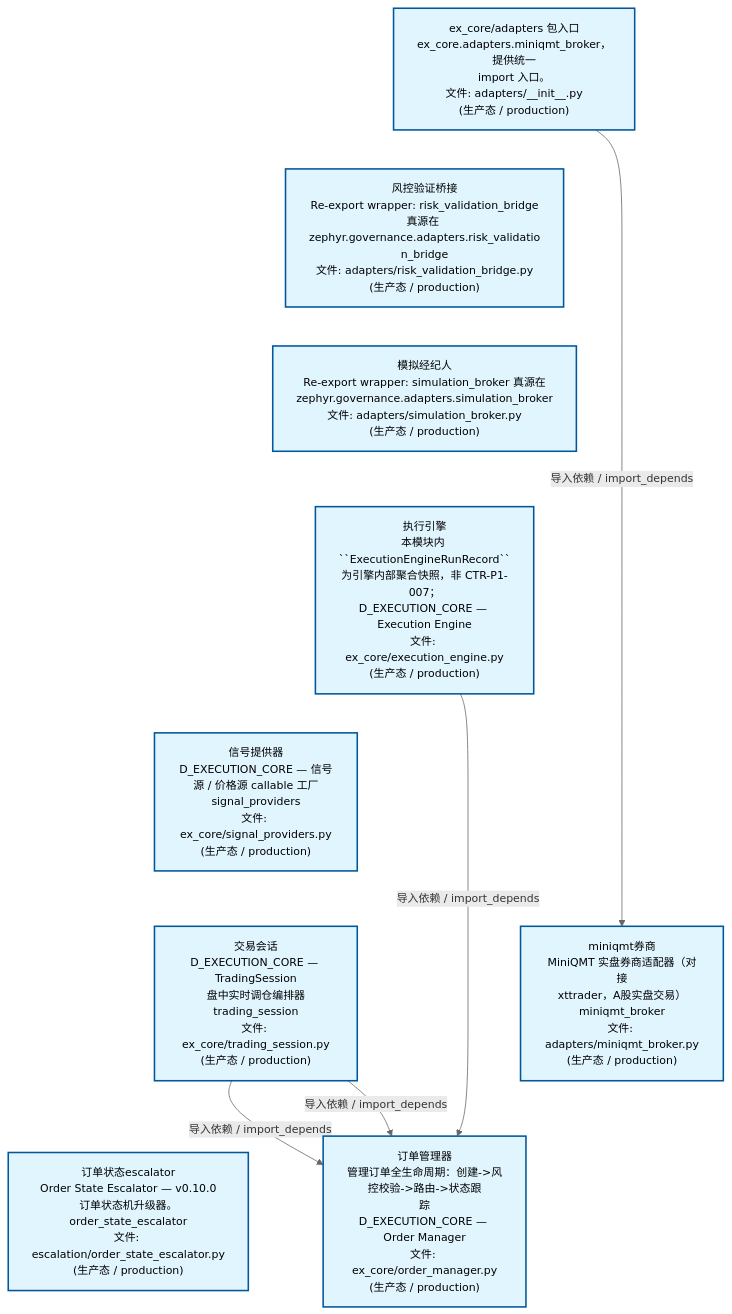
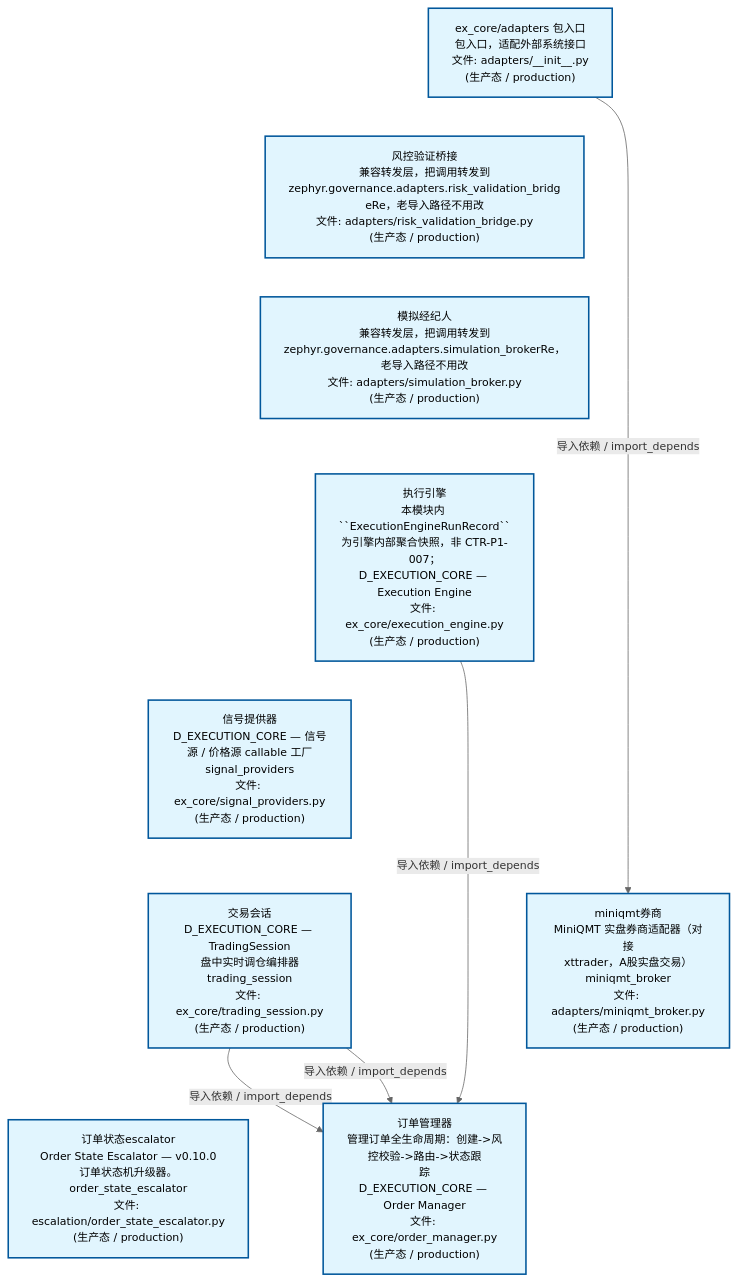
One commit to xuanFelixVan/ZephyrAlpha changed the second of 4 diagrams in docs/02_enterprise_architecture/02_domain_architecture_docs/44_d_ex_core.md. Above: the diagram before and after it, drawn with Mermaid. The commit also changed other lines of this file and 67 other files, not shown here.

````diff
--- a/docs/02_enterprise_architecture/02_domain_architecture_docs/44_d_ex_core.md
+++ b/docs/02_enterprise_architecture/02_domain_architecture_docs/44_d_ex_core.md
@@ -167,29 +206,29 @@
 ```mermaid
 %%{init: {'theme': 'base', 'themeVariables': {'primaryColor': '#eaeaea', 'primaryTextColor': '#333333', 'primaryBorderColor': '#666666', 'lineColor': '#666666', 'secondaryColor': '#eaeaea', 'tertiaryColor': '#eaeaea', 'fontSize': '14px'}}}%%
 flowchart TD
-    src_zephyr_ex_core_adapters_init_py["ex_core/adapters 包入口<br/>ex_core.adapters.miniqmt_broker，提供统一<br/>import 入口。<br/>文件: adapters/__init__.py<br/>(生产态 / production)"]
-    src_zephyr_ex_core_adapters_risk_validation_bridge_py["风控验证桥接<br/>Re-export wrapper: risk_validation_bridge<br/>真源在 zephyr.governance.adapters.risk_validatio<br/>n_bridge<br/>文件: adapters/risk_validation_bridge.py<br/>(生产态 / production)"]
-    src_zephyr_ex_core_adapters_simulation_broker_py["模拟经纪人<br/>Re-export wrapper: simulation_broker 真源在<br/>zephyr.governance.adapters.simulation_broker<br/>文件: adapters/simulation_broker.py<br/>(生产态 / production)"]
+    src_zephyr_ex_core_adapters_init_py["ex_core/adapters 包入口<br/>包入口，适配外部系统接口<br/>文件: adapters/__init__.py<br/>(生产态 / production)"]
+    src_zephyr_ex_core_adapters_risk_validation_bridge_py["风控验证桥接<br/>兼容转发层，把调用转发到<br/>zephyr.governance.adapters.risk_validation_bridg<br/>eRe，老导入路径不用改<br/>文件: adapters/risk_validation_bridge.py<br/>(生产态 / production)"]
+    src_zephyr_ex_core_adapters_simulation_broker_py["模拟经纪人<br/>兼容转发层，把调用转发到<br/>zephyr.governance.adapters.simulation_brokerRe，<br/>老导入路径不用改<br/>文件: adapters/simulation_broker.py<br/>(生产态 / production)"]
     src_zephyr_ex_core_execution_engine_py["执行引擎<br/>本模块内 ``ExecutionEngineRunRecord``<br/>为引擎内部聚合快照，非 CTR-P1-007；<br/>D_EXECUTION_CORE — Execution Engine<br/>文件: ex_core/execution_engine.py<br/>(生产态 / production)"]
     src_zephyr_ex_core_signal_providers_py["信号提供器<br/>D_EXECUTION_CORE — 信号源 / 价格源 callable 工厂<br/>signal_providers<br/>文件: ex_core/signal_providers.py<br/>(生产态 / production)"]
     src_zephyr_ex_core_trading_session_py["交易会话<br/>D_EXECUTION_CORE — TradingSession<br/>盘中实时调仓编排器<br/>trading_session<br/>文件: ex_core/trading_session.py<br/>(生产态 / production)"]
     src_zephyr_governance_escalation_order_state_escalator_py["订单状态escalator<br/>Order State Escalator — v0.10.0<br/>订单状态机升级器。<br/>order_state_escalator<br/>文件: escalation/order_state_escalator.py<br/>(生产态 / production)"]
     src_zephyr_ex_core_adapters_init_py ~~~ src_zephyr_ex_core_adapters_risk_validation_bridge_py
     src_zephyr_ex_core_adapters_risk_validation_bridge_py ~~~ src_zephyr_ex_core_adapters_simulation_broker_py
     src_zephyr_ex_core_adapters_simulation_broker_py ~~~ src_zephyr_ex_core_execution_engine_py
     src_zephyr_ex_core_execution_engine_py ~~~ src_zephyr_ex_core_signal_providers_py
     src_zephyr_ex_core_signal_providers_py ~~~ src_zephyr_ex_core_trading_session_py
     src_zephyr_ex_core_trading_session_py ~~~ src_zephyr_governance_escalation_order_state_escalator_py
     src_zephyr_ex_core_adapters_miniqmt_broker_py["miniqmt券商<br/>MiniQMT 实盘券商适配器（对接<br/>xttrader，A股实盘交易）<br/>miniqmt_broker<br/>文件: adapters/miniqmt_broker.py<br/>(生产态 / production)"]
     src_zephyr_ex_core_order_manager_py["订单管理器<br/>管理订单全生命周期：创建->风控校验->路由->状态跟<br/>踪<br/>D_EXECUTION_CORE — Order Manager<br/>文件: ex_core/order_manager.py<br/>(生产态 / production)"]
     src_zephyr_ex_core_adapters_miniqmt_broker_py ~~~ src_zephyr_ex_core_order_manager_py
     src_zephyr_ex_core_execution_engine_py -->|导入依赖 / import_depends| src_zephyr_ex_core_order_manager_py
     src_zephyr_ex_core_trading_session_py -->|导入依赖 / import_depends| src_zephyr_ex_core_order_manager_py
     src_zephyr_ex_core_trading_session_py -->|导入依赖 / import_depends| src_zephyr_ex_core_order_manager_py
     src_zephyr_ex_core_adapters_init_py -->|导入依赖 / import_depends| src_zephyr_ex_core_adapters_miniqmt_broker_py
     classDef production fill:#e1f5fe,stroke:#01579b,stroke-width:2px,color:#000
     classDef design fill:#fff3e0,stroke:#e65100,stroke-width:2px,color:#000,stroke-dasharray: 5 5
     classDef external_prod fill:#e8f4fd,stroke:#0277bd,stroke-width:1px,color:#000
     classDef external_design fill:#fff8e7,stroke:#ef6c00,stroke-width:1px,color:#000,stroke-dasharray: 5 5
     class src_zephyr_ex_core_adapters_init_py,src_zephyr_ex_core_adapters_miniqmt_broker_py,src_zephyr_ex_core_adapters_risk_validation_bridge_py,src_zephyr_ex_core_adapters_simulation_broker_py,src_zephyr_ex_core_execution_engine_py,src_zephyr_ex_core_order_manager_py,src_zephyr_ex_core_signal_providers_py,src_zephyr_ex_core_trading_session_py,src_zephyr_governance_escalation_order_state_escalator_py production
 ```
````
